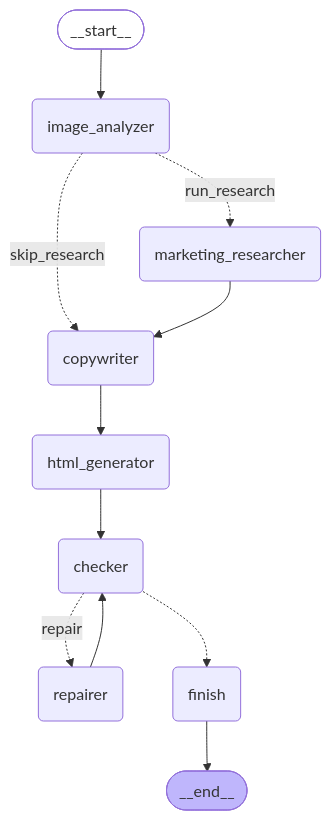
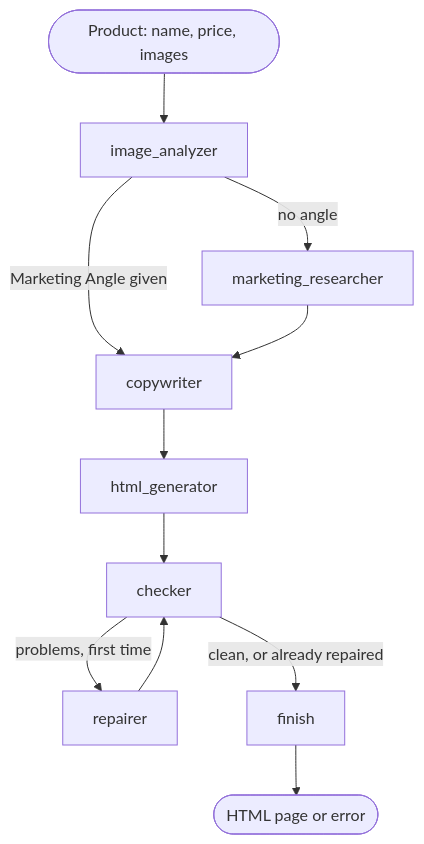
The diagram in README.md (Chamiln17/pagefly), drawn with Mermaid before and after one commit. The commit also changed other lines of this file, not shown here.

````diff
--- a/README.md
+++ b/README.md
@@ -27,24 +26,13 @@
 ```mermaid
-graph TD;
-	__start__([__start__]):::first
-	image_analyzer(image_analyzer)
-	marketing_researcher(marketing_researcher)
-	copywriter(copywriter)
-	html_generator(html_generator)
-	checker(checker)
-	repairer(repairer)
-	finish(finish)
-	__end__([__end__]):::last
-	__start__ --> image_analyzer;
-	checker -.-> finish;
-	checker -. repair .-> repairer;
-	copywriter --> html_generator;
-	html_generator --> checker;
-	image_analyzer -. skip_research .-> copywriter;
-	image_analyzer -. run_research .-> marketing_researcher;
-	marketing_researcher --> copywriter;
-	repairer --> checker;
-	finish --> __end__;
-	classDef first fill-opacity:0
-	classDef last fill:#bfb6fc
+graph TD
+    start([Product: name, price, images]) --> image_analyzer
+    image_analyzer -- "Marketing Angle given" --> copywriter
+    image_analyzer -- "no angle" --> marketing_researcher
+    marketing_researcher --> copywriter
+    copywriter --> html_generator
+    html_generator --> checker
+    checker -- "problems, first time" --> repairer
+    repairer --> checker
+    checker -- "clean, or already repaired" --> finish
+    finish --> done([HTML page or error])
 ```
````
